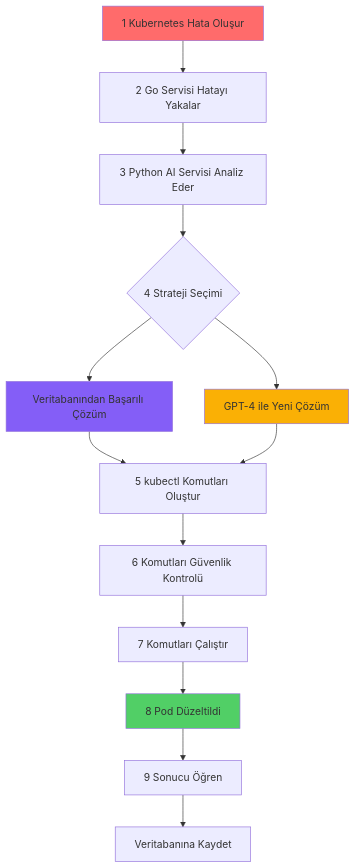
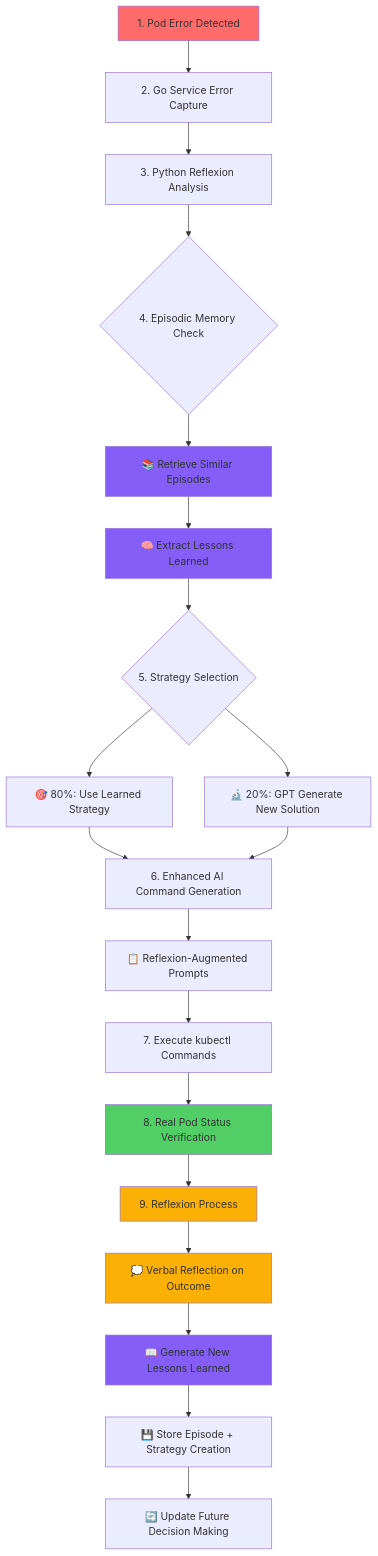
The first of 3 diagrams in k8s-real-integration/README.md (mmsuerkan/kubernetes-thesis), drawn with Mermaid before and after one commit. The commit also changed other lines of this file, not shown here.

First line of the commit message:
docs: Update README with Reflexion Pattern implementation and current system status

````diff
--- a/k8s-real-integration/README.md
+++ b/k8s-real-integration/README.md
@@ -48,24 +61,33 @@
 ```mermaid
 graph TD
-    A[1 Kubernetes Hata Oluşur] --> B[2 Go Servisi Hatayı Yakalar]
-    B --> C[3 Python AI Servisi Analiz Eder]
-    C --> D{4 Strateji Seçimi}
+    A[1. Pod Error Detected] --> B[2. Go Service Error Capture]
+    B --> C[3. Python Reflexion Analysis]
+    C --> D{4. Episodic Memory Check}
     
-    D --> E[Veritabanından Başarılı Çözüm]
-    D --> F[GPT-4 ile Yeni Çözüm]
+    D --> E[📚 Retrieve Similar Episodes]
+    E --> F[🧠 Extract Lessons Learned]
+    F --> G{5. Strategy Selection}
     
-    E --> G[5 kubectl Komutları Oluştur]
-    F --> G
+    G --> H[🎯 80%: Use Learned Strategy]
+    G --> I[🔬 20%: GPT Generate New Solution]
     
-    G --> H[6 Komutları Güvenlik Kontrolü]
-    H --> I[7 Komutları Çalıştır]
-    I --> J[8 Pod Düzeltildi]
+    H --> J[6. Enhanced AI Command Generation]
+    I --> J
+    J --> K[📋 Reflexion-Augmented Prompts]
+    K --> L[7. Execute kubectl Commands]
+    L --> M[8. Real Pod Status Verification]
     
-    J --> K[9 Sonucu Öğren]
-    K --> L[Veritabanına Kaydet]
+    M --> N[9. Reflexion Process]
+    N --> O[💭 Verbal Reflection on Outcome]
+    O --> P[📖 Generate New Lessons Learned]
+    P --> Q[💾 Store Episode + Strategy Creation]
+    Q --> R[🔄 Update Future Decision Making]
     
     style A fill:#ff6b6b
-    style J fill:#51cf66
+    style M fill:#51cf66
     style E fill:#845ef7
-    style F fill:#fab005
+    style F fill:#845ef7
+    style N fill:#fab005
+    style O fill:#fab005
+    style P fill:#845ef7
 ```
````
